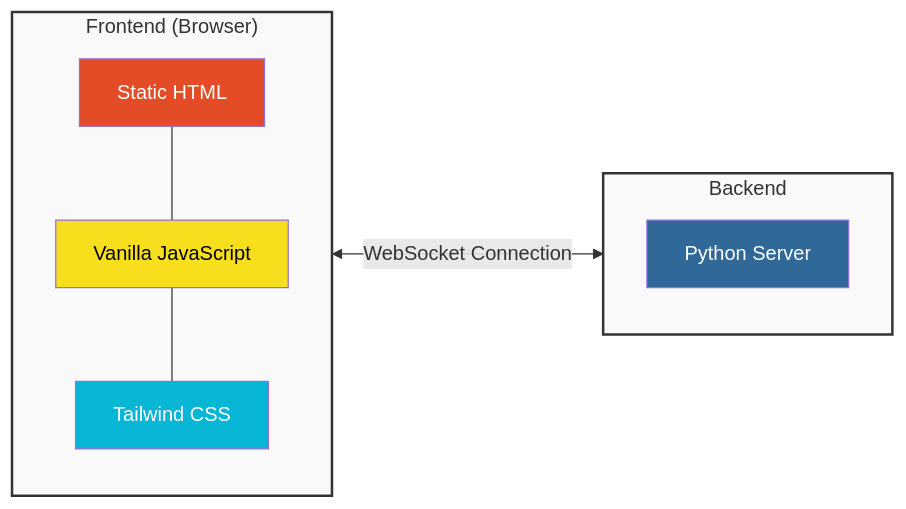
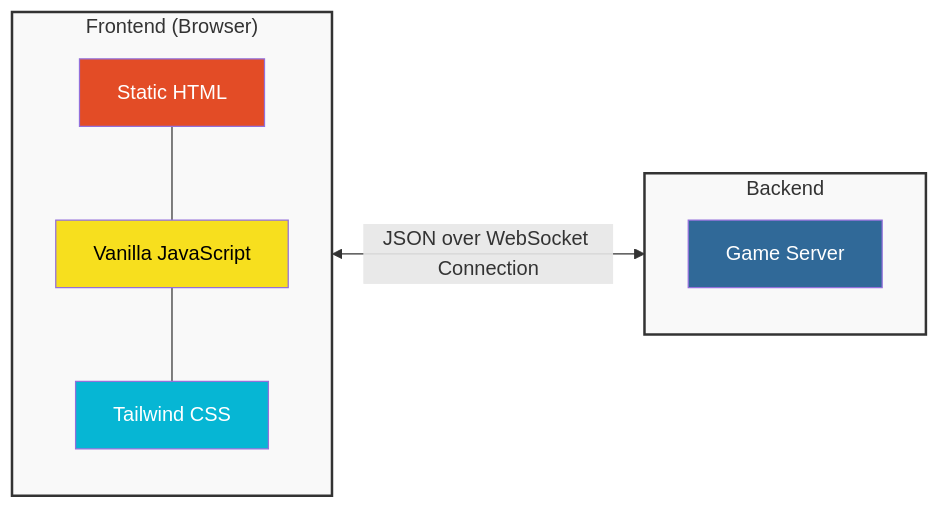
Before and after one commit to tech4bueno/knockout-whist: the diagram in README.md, drawn with Mermaid. The commit also changed other lines of this file and 3 other files, not shown here.

````diff
--- a/README.md
+++ b/README.md
@@ -7,23 +7,23 @@
 ```mermaid
 graph LR
     subgraph Frontend["Frontend (Browser)"]
         HTML["Static HTML"]
         JS["Vanilla JavaScript"]
         CSS["Tailwind CSS"]
         HTML --- JS
         JS --- CSS
     end
 
     subgraph Backend["Backend"]
-        Python["Python Server"]
+        Python["Game Server"]
     end
 
-    Frontend <-->|WebSocket Connection| Backend
+    Frontend <-->|JSON over WebSocket Connection| Backend
 
     style Frontend fill:#f9f9f9,stroke:#333,stroke-width:2px
     style Backend fill:#f9f9f9,stroke:#333,stroke-width:2px
     style HTML fill:#e34c26,color:#fff
     style JS fill:#f7df1e,color:#000
     style CSS fill:#06b6d4,color:#fff
     style Python fill:#306998,color:#fff
 ```
````
